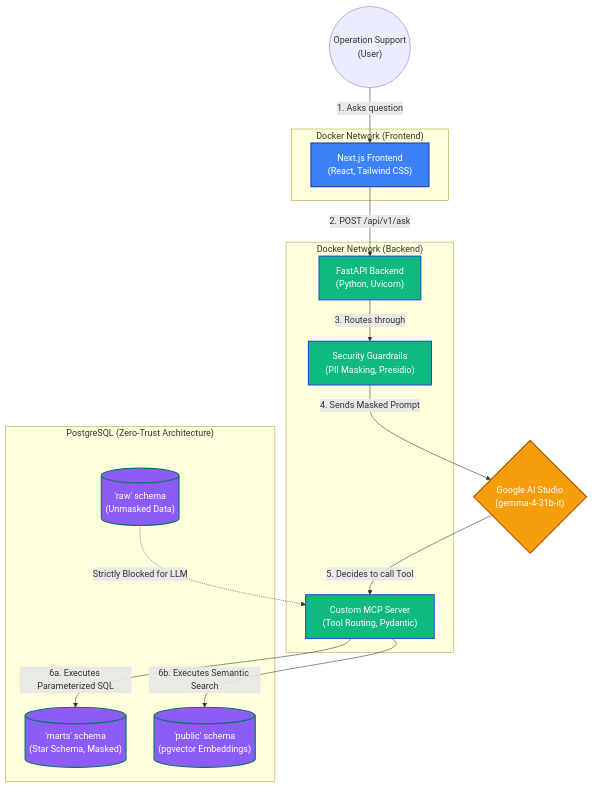
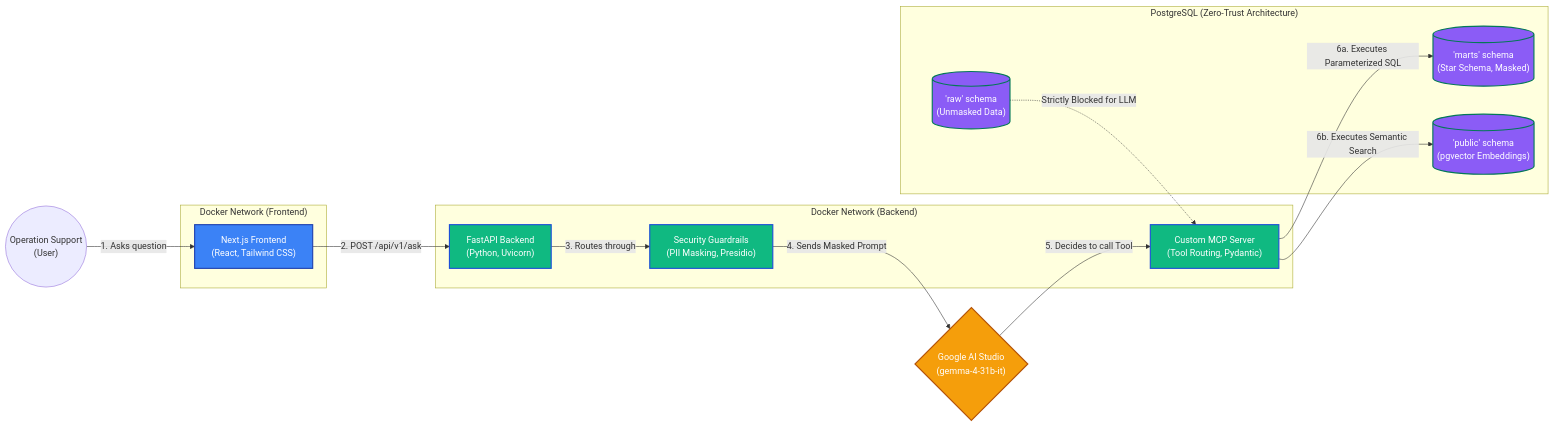
One commit to JinnawatJid/dBank changed the first of 3 diagrams in docs/interview_prep/ARCHITECTURE_DIAGRAMS.md. Above: the diagram before and after it, drawn with Mermaid.

Commit message:
docs: update High-Level Architecture Diagram to horizontal layout
- Changed the Mermaid syntax from `graph TD` (Top-Down) to `graph LR` (Left-Right) in `ARCHITECTURE_DIAGRAMS.md` so the diagram renders perfectly on standard 16:9 presentation slides.

````diff
--- a/docs/interview_prep/ARCHITECTURE_DIAGRAMS.md
+++ b/docs/interview_prep/ARCHITECTURE_DIAGRAMS.md
@@ -10,42 +10,42 @@
 ```mermaid
-graph TD
+graph LR
     %% Define Styles
     classDef frontend fill:#3b82f6,stroke:#1e40af,color:white,stroke-width:2px;
     classDef backend fill:#10b981,stroke:#1d4ed8,color:white,stroke-width:2px;
     classDef db fill:#8b5cf6,stroke:#047857,color:white,stroke-width:2px;
     classDef ai fill:#f59e0b,stroke:#b45309,color:white,stroke-width:2px;
     classDef external fill:#6b7280,stroke:#374151,color:white,stroke-width:2px;
 
     %% Nodes
     User(("Operation Support\n(User)"))
 
     subgraph "Docker Network (Frontend)"
         UI["Next.js Frontend\n(React, Tailwind CSS)"]:::frontend
     end
 
     subgraph "Docker Network (Backend)"
         API["FastAPI Backend\n(Python, Uvicorn)"]:::backend
         MCP["Custom MCP Server\n(Tool Routing, Pydantic)"]:::backend
         Masker["Security Guardrails\n(PII Masking, Presidio)"]:::backend
     end
 
     subgraph "PostgreSQL (Zero-Trust Architecture)"
         DB_RAW[("'raw' schema\n(Unmasked Data)")]:::db
         DB_MART[("'marts' schema\n(Star Schema, Masked)")]:::db
         DB_VEC[("'public' schema\n(pgvector Embeddings)")]:::db
     end
 
     LLM{"Google AI Studio\n(gemma-4-31b-it)"}:::ai
 
     %% Relationships
     User -- "1. Asks question" --> UI
     UI -- "2. POST /api/v1/ask" --> API
     API -- "3. Routes through" --> Masker
     Masker -- "4. Sends Masked Prompt" --> LLM
     LLM -- "5. Decides to call Tool" --> MCP
     MCP -- "6a. Executes Parameterized SQL" --> DB_MART
     MCP -- "6b. Executes Semantic Search" --> DB_VEC
 
     %% Security constraints
     DB_RAW -. "Strictly Blocked for LLM" .-> MCP
 ```
````
